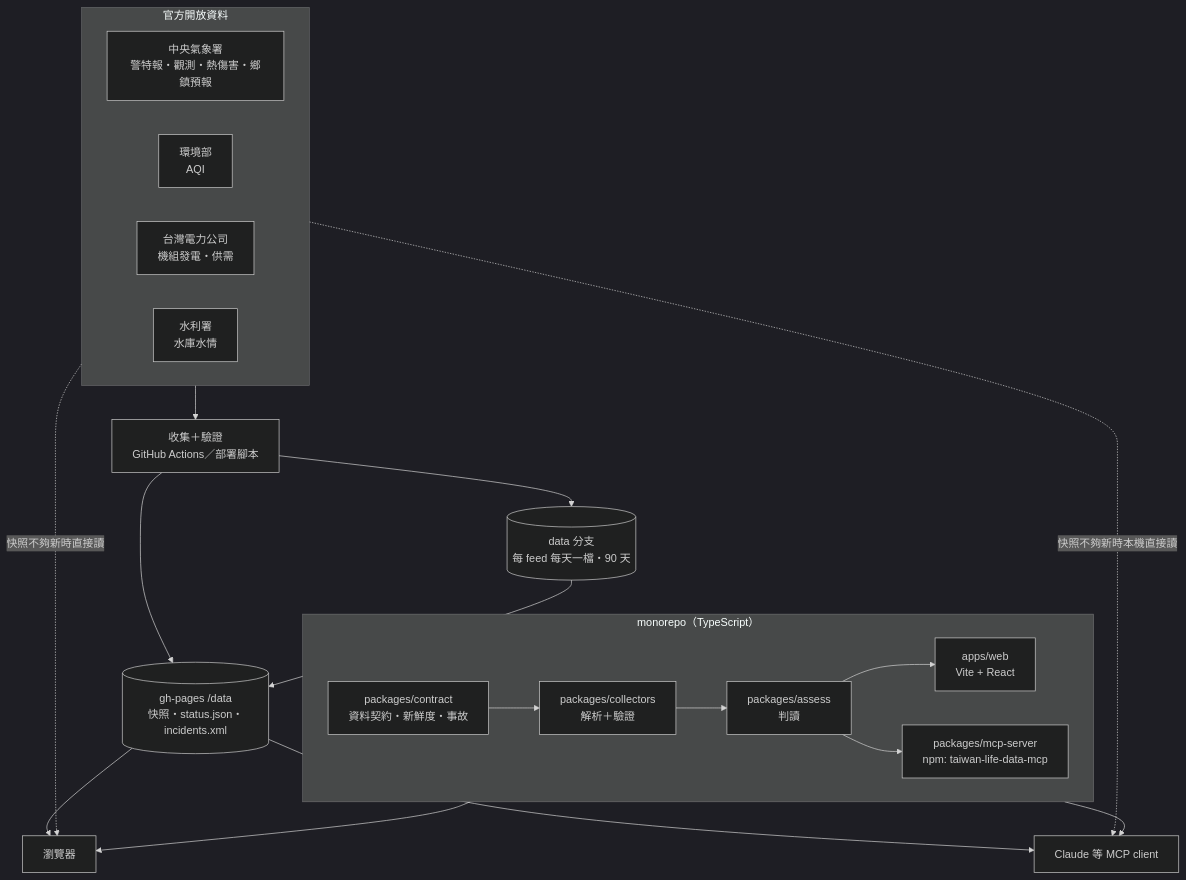
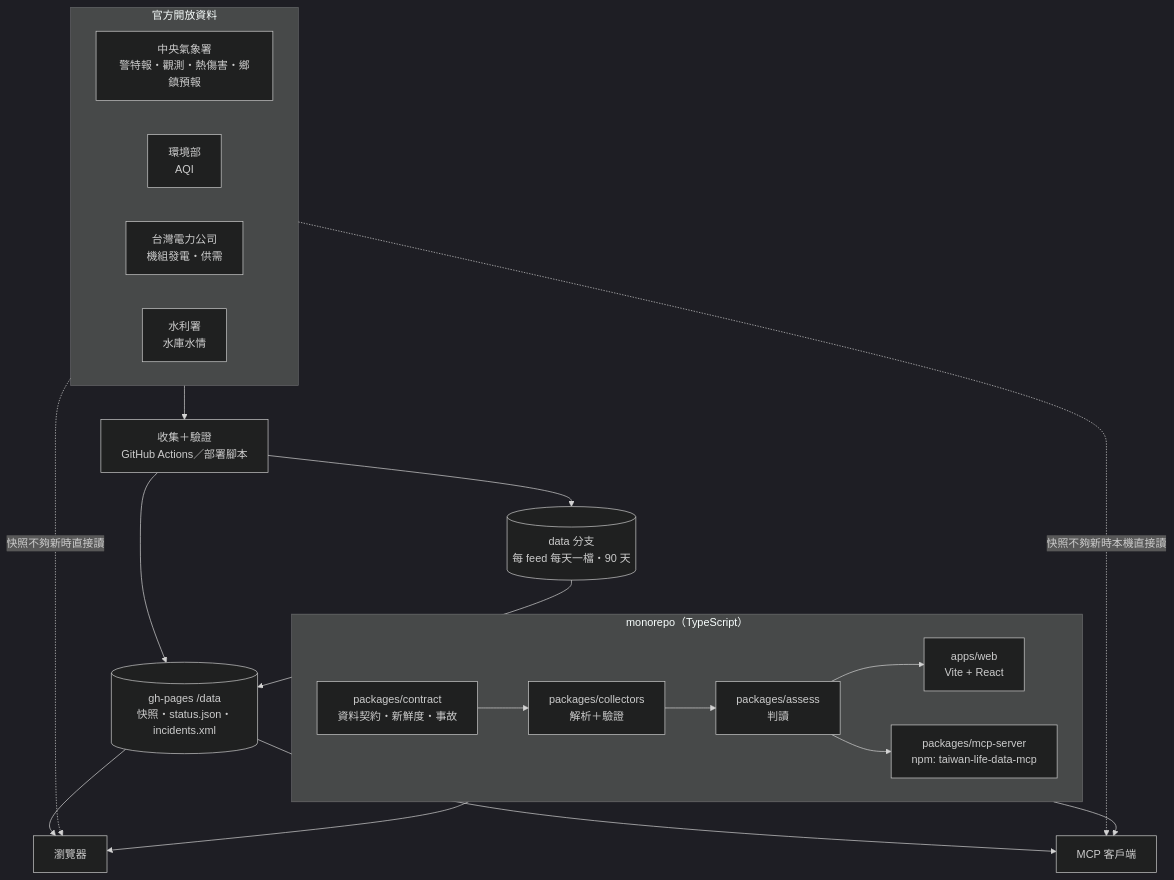
Before and after one commit to livejiaquan/taiwan-life-data: the diagram in README.md, drawn with Mermaid (dark theme). The commit also changed other lines of this file and 65 other files, not shown here.

````diff
--- a/README.md
+++ b/README.md
@@ -43,28 +51,28 @@
 ```mermaid
 flowchart TB
   subgraph official["官方開放資料"]
     direction LR
     CWA[中央氣象署<br/>警特報・觀測・熱傷害・鄉鎮預報]
     MOENV[環境部<br/>AQI]
     TPC[台灣電力公司<br/>機組發電・供需]
     WRA[水利署<br/>水庫水情]
   end
 
   subgraph repo["monorepo（TypeScript）"]
     direction LR
     contract[packages/contract<br/>資料契約・新鮮度・事故] --> collectors[packages/collectors<br/>解析＋驗證] --> assess[packages/assess<br/>判讀]
     assess --> web[apps/web<br/>Vite + React]
     assess --> mcp[packages/mcp-server<br/>npm: taiwan-life-data-mcp]
   end
 
   official --> collect[收集＋驗證<br/>GitHub Actions／部署腳本]
   collect --> snap[(gh-pages /data<br/>快照・status.json・incidents.xml)]
   collect --> archive[(data 分支<br/>每 feed 每天一檔・90 天)]
   archive --> snap
   snap --> browser[瀏覽器]
-  snap --> client[Claude 等 MCP client]
+  snap --> client[MCP 客戶端]
   official -. 快照不夠新時直接讀 .-> browser
   official -. 快照不夠新時本機直接讀 .-> client
   web --> browser
   mcp --> client
 ```
````
